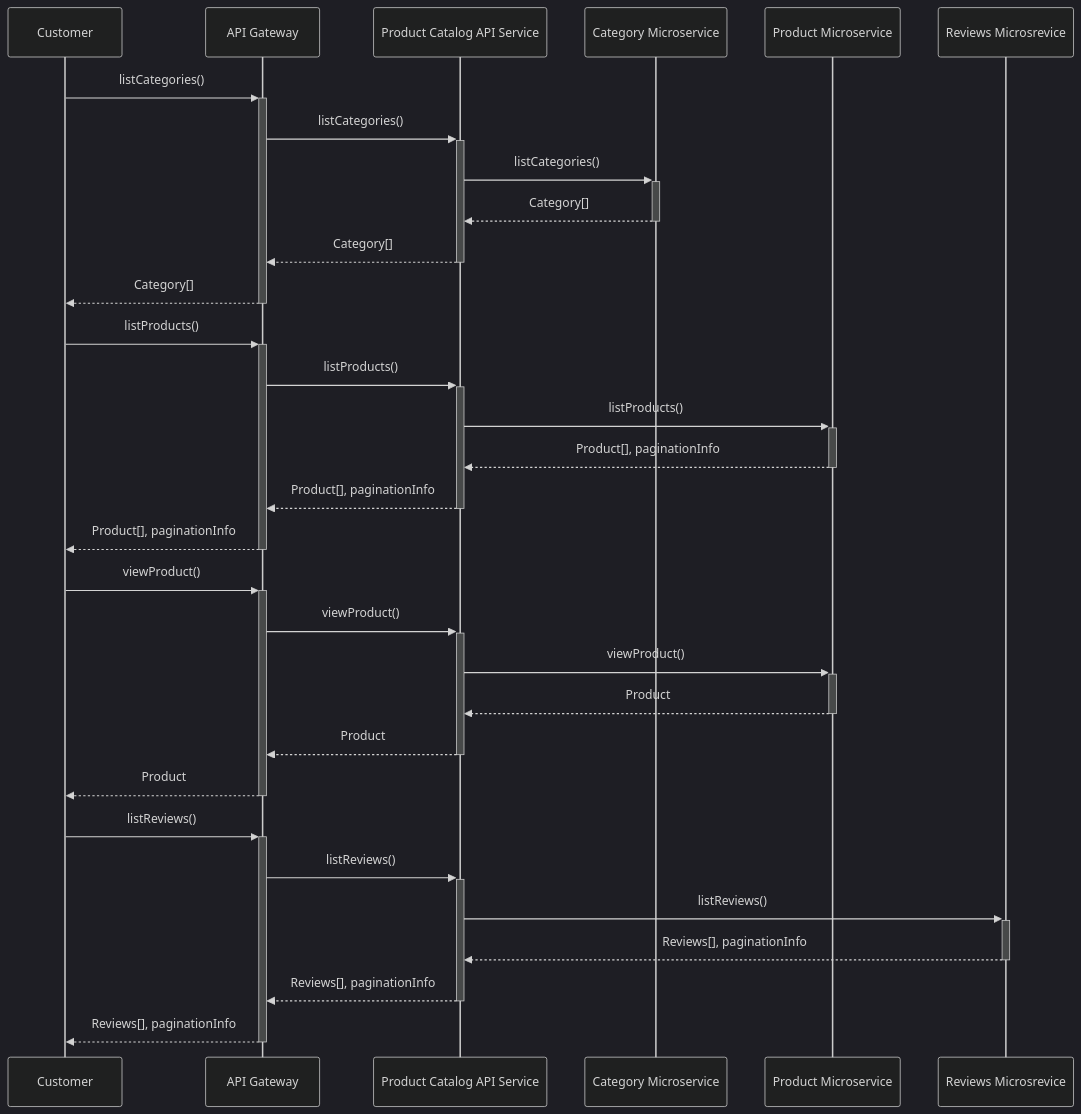
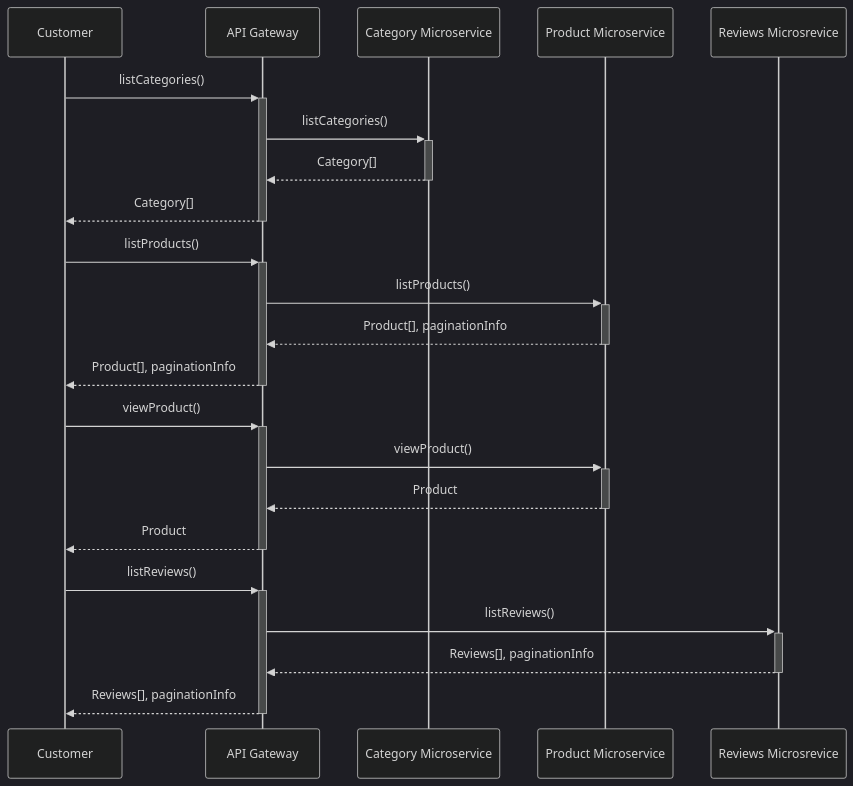
One commit to ikenna/AcmePetSupplies changed the fifth of 5 diagrams in requirements/model.md. Above: the diagram before and after it, drawn with Mermaid (dark theme). The commit also changed other lines of this file and 3 other files, not shown here.

````diff
--- a/requirements/model.md
+++ b/requirements/model.md
@@ -64,31 +64,23 @@
 ```mermaid
 sequenceDiagram
     Customer ->>+ API Gateway: listCategories()
-    API Gateway ->>+ Product Catalog API Service : listCategories()
-    Product Catalog API Service ->>+ Category Microservice: listCategories()
-    Category Microservice -->>- Product Catalog API Service :  Category[]
-    Product Catalog API Service -->>- API Gateway:  Category[]
+    API Gateway ->>+ Category Microservice : listCategories()
+    Category Microservice -->>- API Gateway :  Category[]
     API Gateway -->>- Customer:  Category[]
 
     Customer ->>+ API Gateway: listProducts()
-    API Gateway ->>+ Product Catalog API Service: listProducts()
-    Product Catalog API Service ->>+ Product Microservice: listProducts()
-    Product Microservice -->>- Product Catalog API Service :  Product[], paginationInfo
-    Product Catalog API Service -->>- API Gateway :  Product[], paginationInfo
+    API Gateway ->>+ Product Microservice: listProducts()
+    Product Microservice -->>- API Gateway  :  Product[], paginationInfo
     API Gateway -->>- Customer:  Product[], paginationInfo
 
     Customer ->>+ API Gateway: viewProduct()
-    API Gateway ->>+ Product Catalog API Service: viewProduct()
-    Product Catalog API Service ->>+ Product Microservice: viewProduct()
-    Product Microservice -->>- Product Catalog API Service:  Product
-    Product Catalog API Service -->>- API Gateway:  Product
+    API Gateway ->>+ Product Microservice: viewProduct()
+    Product Microservice -->>- API Gateway:  Product
     API Gateway -->>- Customer:  Product
 
     Customer ->>+ API Gateway: listReviews()
-    API Gateway ->>+ Product Catalog API Service: listReviews()
-    Product Catalog API Service ->>+ Reviews Microsrevice: listReviews()
-    Reviews Microsrevice -->>- Product Catalog API Service: Reviews[], paginationInfo
-    Product Catalog API Service -->>- API Gateway:  Reviews[], paginationInfo
+    API Gateway ->>+ Reviews Microsrevice: listReviews()
+    Reviews Microsrevice -->>- API Gateway: Reviews[], paginationInfo
     API Gateway -->>- Customer:  Reviews[], paginationInfo
 
 ```
````
